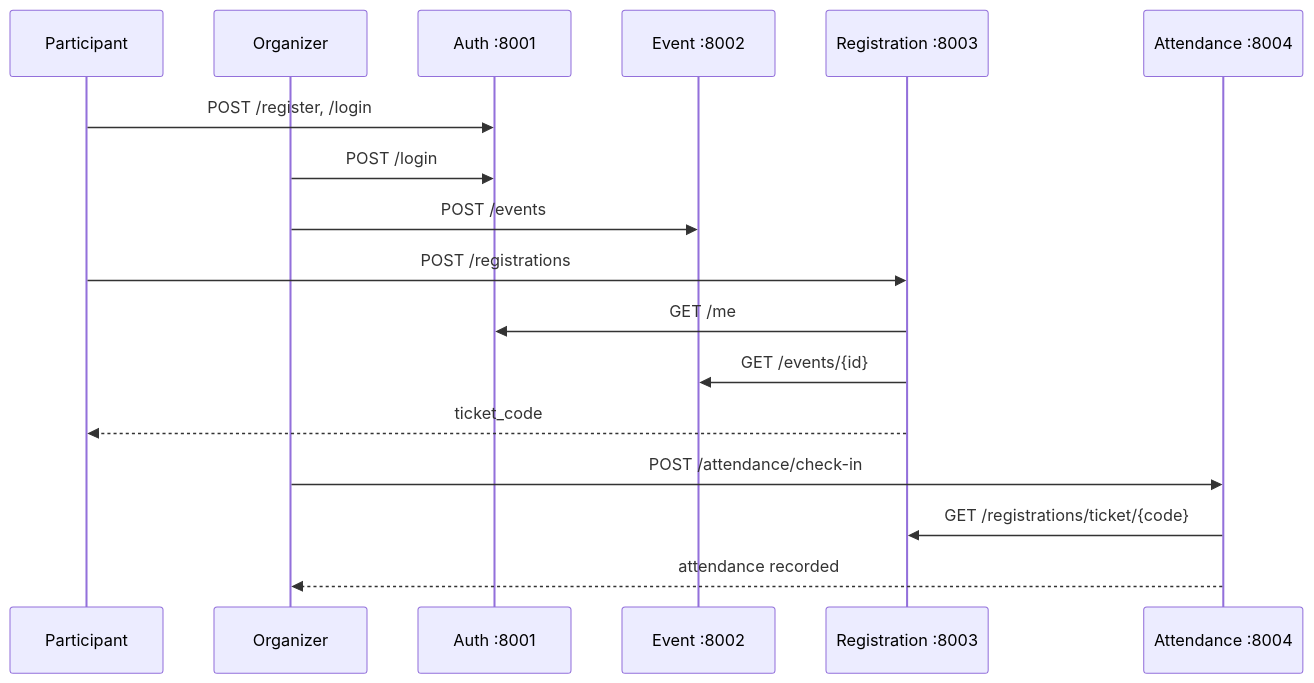
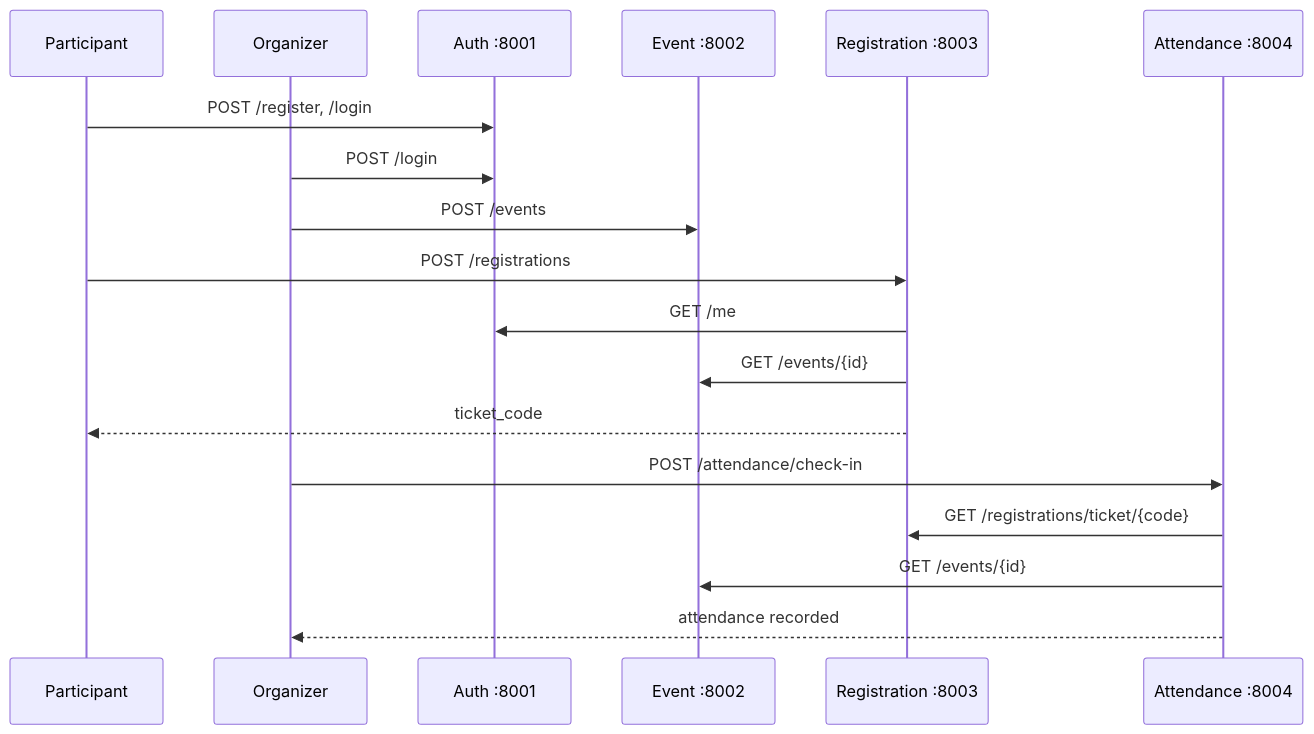
The diagram in INTEGRATION.md (KampusEvent/kampusevent-infrastructure), drawn with Mermaid before and after one commit. The commit also changed other lines of this file and 6 other files, not shown here.

````diff
--- a/INTEGRATION.md
+++ b/INTEGRATION.md
@@ -7,20 +7,21 @@
 ```mermaid
 sequenceDiagram
     participant P as Participant
     participant O as Organizer
     participant Auth as Auth :8001
     participant Event as Event :8002
     participant Reg as Registration :8003
     participant Att as Attendance :8004
 
     P->>Auth: POST /register, /login
     O->>Auth: POST /login
     O->>Event: POST /events
     P->>Reg: POST /registrations
     Reg->>Auth: GET /me
     Reg->>Event: GET /events/{id}
     Reg-->>P: ticket_code
     O->>Att: POST /attendance/check-in
     Att->>Reg: GET /registrations/ticket/{code}
+    Att->>Event: GET /events/{id}
     Att-->>O: attendance recorded
 ```
````
